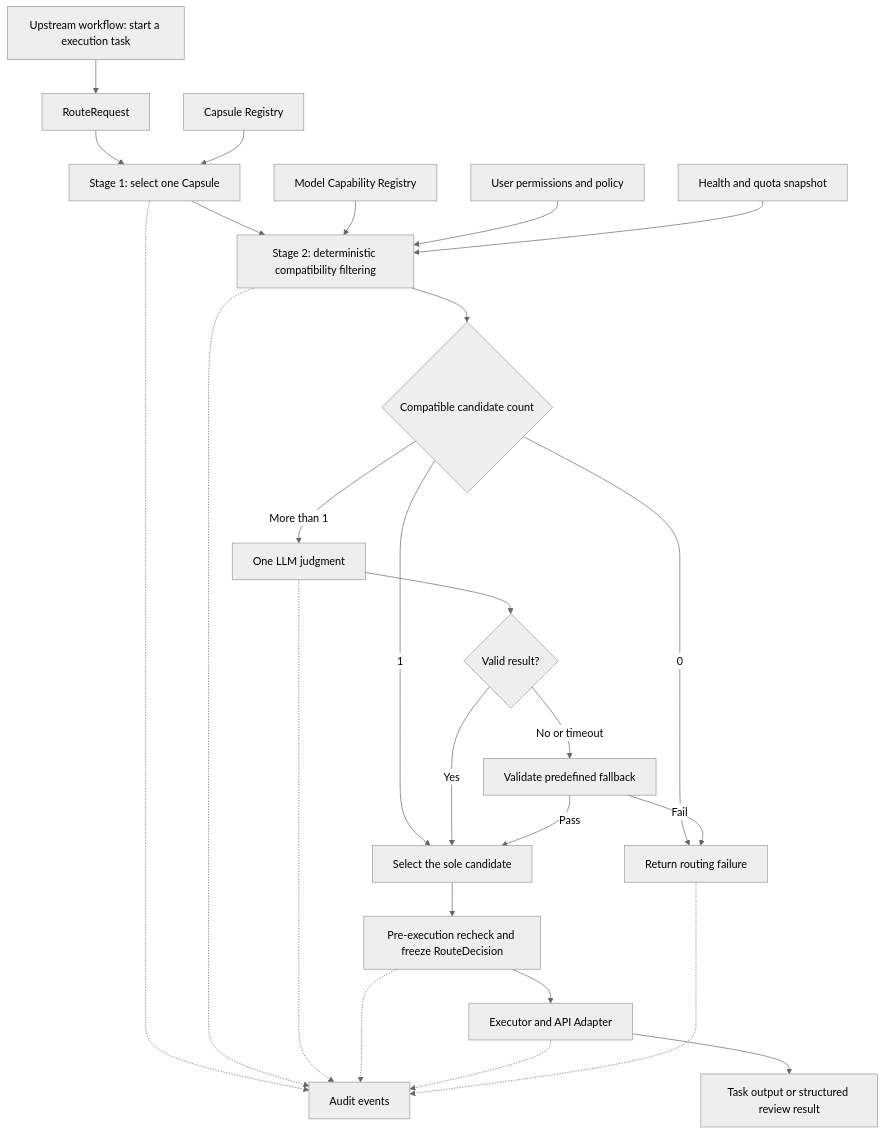
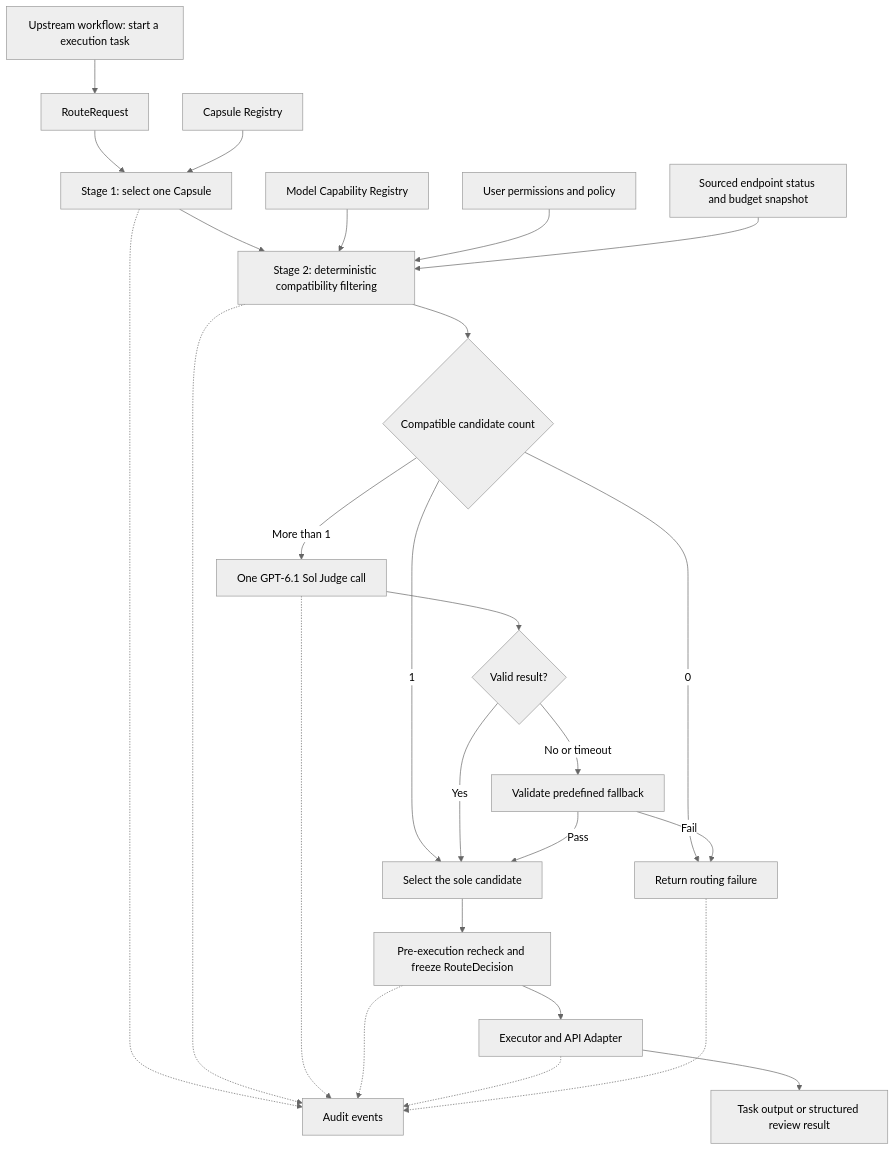
Before and after one commit to Stellven/jiuwenswarm: the diagram in docs/architecture/model_router_design_en.md, drawn with Mermaid (neutral theme). The commit also changed other lines of this file and 192 other files, not shown here.

Commit message:
docs: freeze M1 sources and complete Docker architecture handoff

````diff
--- a/docs/architecture/model_router_design_en.md
+++ b/docs/architecture/model_router_design_en.md
@@ -26,28 +26,28 @@
 ```mermaid
 flowchart TD
     W[Upstream workflow: start a execution task] --> R[RouteRequest]
     R --> C[Stage 1: select one Capsule]
     CR[Capsule Registry] --> C
     C --> F[Stage 2: deterministic compatibility filtering]
     MR[Model Capability Registry] --> F
     P[User permissions and policy] --> F
-    H[Health and quota snapshot] --> F
+    H[Sourced endpoint status and budget snapshot] --> F
     F --> N{Compatible candidate count}
     N -->|0| X[Return routing failure]
     N -->|1| S[Select the sole candidate]
-    N -->|More than 1| J[One LLM judgment]
+    N -->|More than 1| J[One GPT-6.1 Sol Judge call]
     J --> V{Valid result?}
     V -->|Yes| S
     V -->|No or timeout| B[Validate predefined fallback]
     B -->|Pass| S
     B -->|Fail| X
     S --> G[Pre-execution recheck and freeze RouteDecision]
     G --> E[Executor and API Adapter]
     E --> O[Task output or structured review result]
     C -.-> A[Audit events]
     F -.-> A
     J -.-> A
     G -.-> A
     E -.-> A
     X -.-> A
 ```
````
